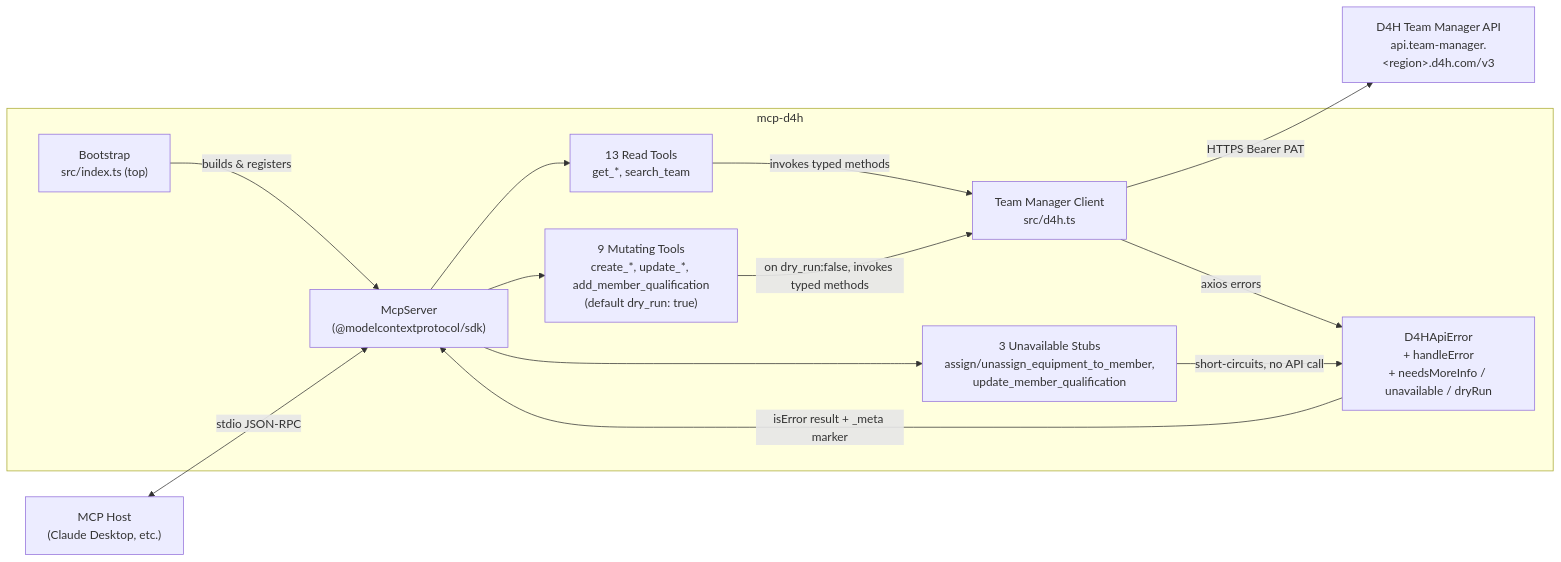
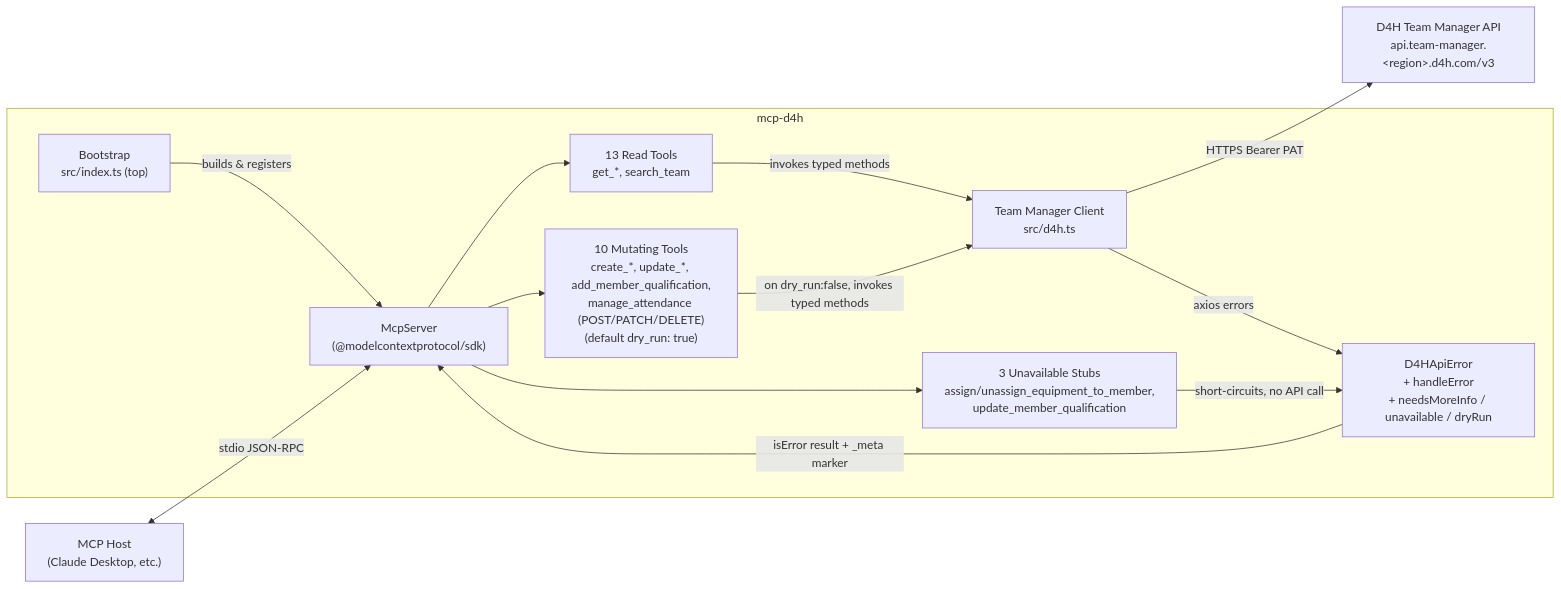
Before and after one commit to gfnord/mcp-d4h: the first of 3 diagrams in docs/architecture.md, drawn with Mermaid. The commit also changed other lines of this file and 6 other files, not shown here.

First line of the commit message:
feat(v0.4.0): add manage_attendance tool, tighten location/address schemas

````diff
--- a/docs/architecture.md
+++ b/docs/architecture.md
@@ -15,28 +15,28 @@
 ```mermaid
 flowchart LR
     Host["MCP Host<br/>(Claude Desktop, etc.)"]
 
     subgraph mcp-d4h
       Boot["Bootstrap<br/>src/index.ts (top)"]
       Server["McpServer<br/>(@modelcontextprotocol/sdk)"]
       ReadTools["13 Read Tools<br/>get_*, search_team"]
-      MutTools["9 Mutating Tools<br/>create_*, update_*, add_member_qualification<br/>(default dry_run: true)"]
+      MutTools["10 Mutating Tools<br/>create_*, update_*, add_member_qualification,<br/>manage_attendance (POST/PATCH/DELETE)<br/>(default dry_run: true)"]
       Stubs["3 Unavailable Stubs<br/>assign/unassign_equipment_to_member,<br/>update_member_qualification"]
       Client["Team Manager Client<br/>src/d4h.ts"]
       ErrModel["D4HApiError<br/>+ handleError<br/>+ needsMoreInfo / unavailable / dryRun"]
     end
 
     TM["D4H Team Manager API<br/>api.team-manager.&lt;region&gt;.d4h.com/v3"]
 
     Host <-- stdio JSON-RPC --> Server
     Boot -->|builds & registers| Server
     Server --> ReadTools
     Server --> MutTools
     Server --> Stubs
     ReadTools -->|invokes typed methods| Client
     MutTools -->|on dry_run:false, invokes typed methods| Client
     Stubs -->|short-circuits, no API call| ErrModel
     Client -->|HTTPS Bearer PAT| TM
     Client -->|axios errors| ErrModel
     ErrModel -->|isError result + _meta marker| Server
 ```
````
